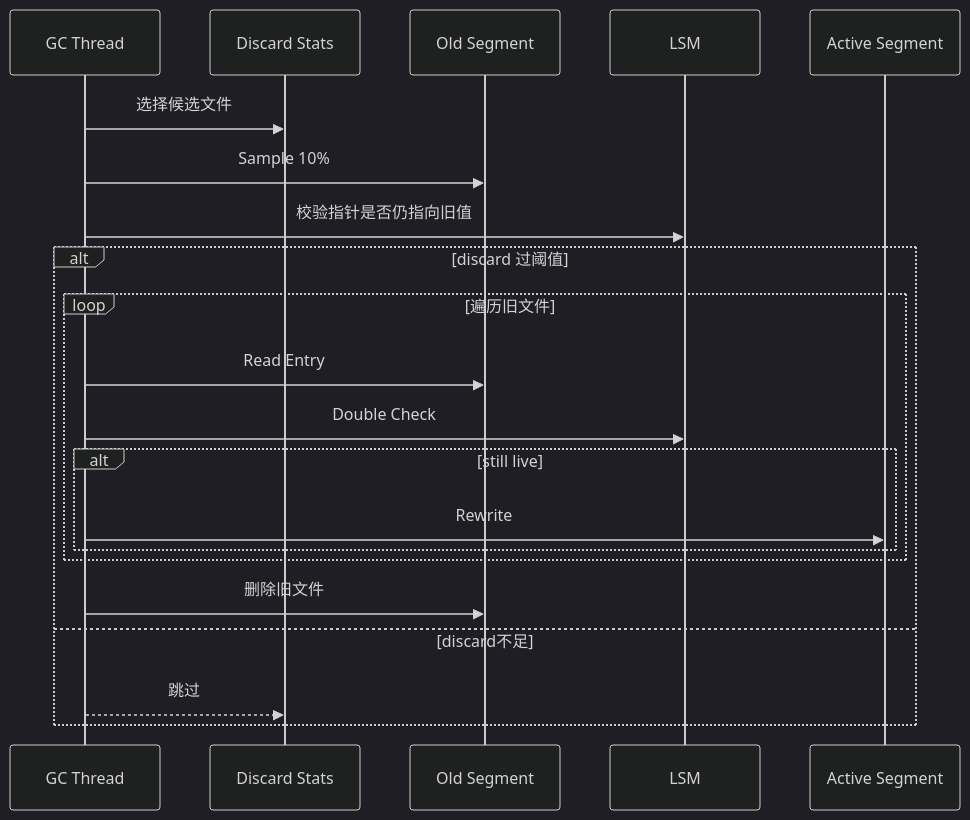
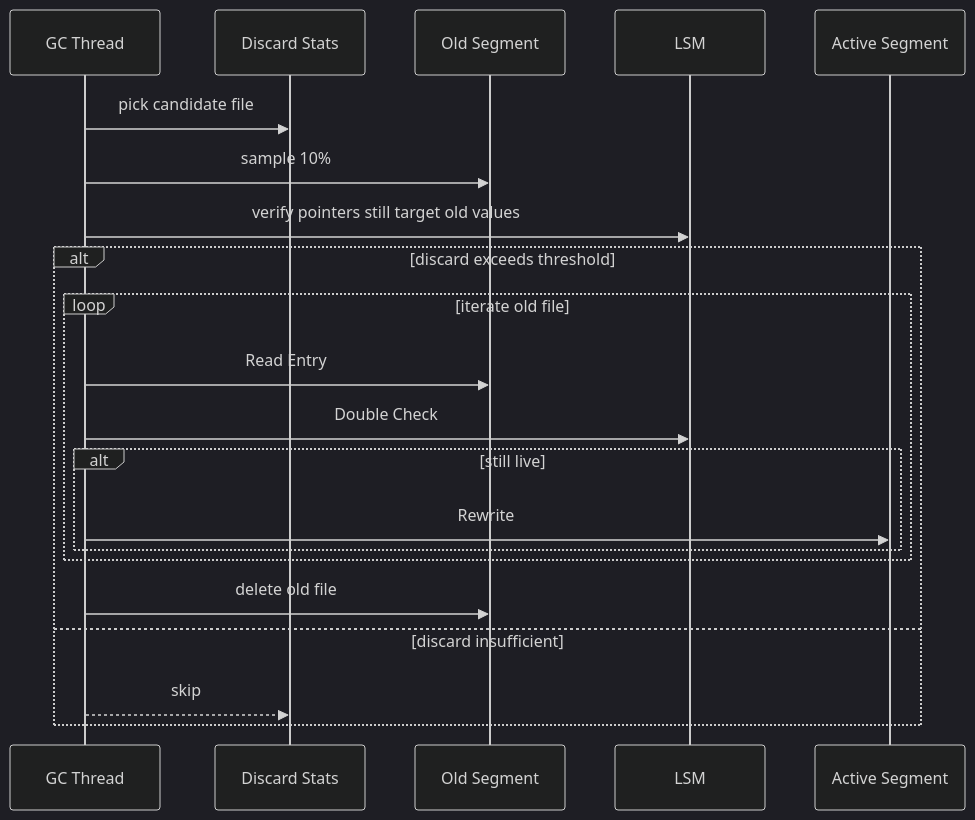
The sixth of 7 diagrams in docs/notes/2026-02-05-vlog-design-and-gc.md (feichai0017/NoKV), drawn with Mermaid (dark theme) before and after one commit. The commit also changed other lines of this file and 23 other files, not shown here.

````diff
--- a/docs/notes/2026-02-05-vlog-design-and-gc.md
+++ b/docs/notes/2026-02-05-vlog-design-and-gc.md
@@ -185,24 +185,24 @@
 ```mermaid
 sequenceDiagram
   participant GC as GC Thread
   participant Stats as Discard Stats
   participant Old as Old Segment
   participant LSM as LSM
   participant New as Active Segment
 
-  GC->>Stats: 选择候选文件
-  GC->>Old: Sample 10%
-  GC->>LSM: 校验指针是否仍指向旧值
-  alt discard 过阈值
-    loop 遍历旧文件
+  GC->>Stats: pick candidate file
+  GC->>Old: sample 10%
+  GC->>LSM: verify pointers still target old values
+  alt discard exceeds threshold
+    loop iterate old file
       GC->>Old: Read Entry
       GC->>LSM: Double Check
       alt still live
         GC->>New: Rewrite
       end
     end
-    GC->>Old: 删除旧文件
-  else discard不足
-    GC-->>Stats: 跳过
+    GC->>Old: delete old file
+  else discard insufficient
+    GC-->>Stats: skip
   end
 ```
````
